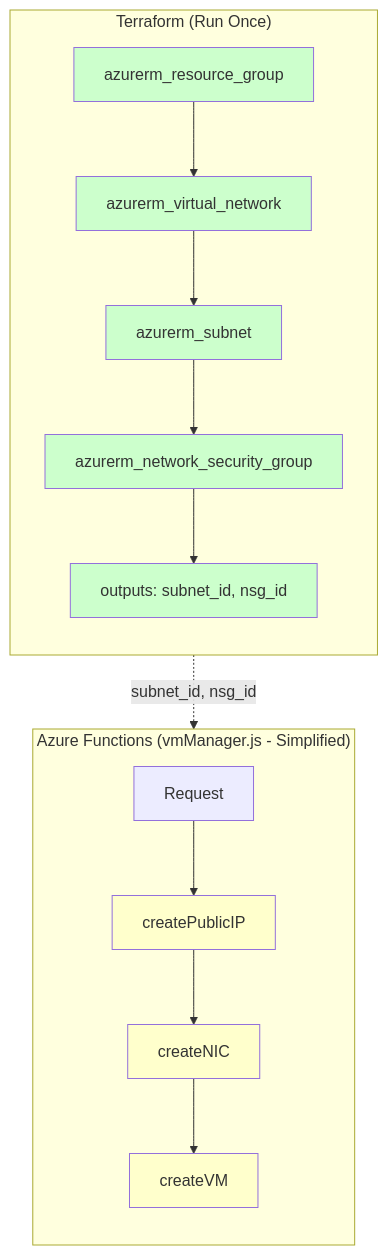
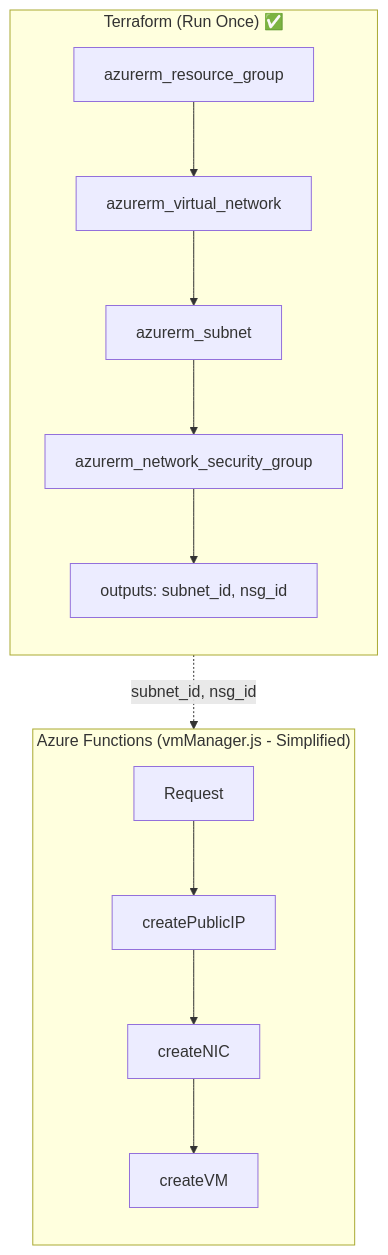
Before and after one commit to JindoKimKor/Self-Binnacle: the second of 5 diagrams in Voyages/Projects/unity-ci-enabler/resources/terraform-migration-analysis.md, drawn with Mermaid. The commit also changed other lines of this file, not shown here.

First line of the commit message:
style(unity-ci-enabler): Remove background colors from Mermaid diagrams

````diff
--- a/Voyages/Projects/unity-ci-enabler/resources/terraform-migration-analysis.md
+++ b/Voyages/Projects/unity-ci-enabler/resources/terraform-migration-analysis.md
@@ -47,34 +39,25 @@
 ```mermaid
 flowchart TB
-    subgraph TF["Terraform (Run Once)"]
+    subgraph TF["Terraform (Run Once) ✅"]
         direction TB
         TF_RG[azurerm_resource_group]
         TF_VNET[azurerm_virtual_network]
         TF_SUBNET[azurerm_subnet]
         TF_NSG[azurerm_network_security_group]
         TF_OUT[outputs: subnet_id, nsg_id]
 
         TF_RG --> TF_VNET
         TF_VNET --> TF_SUBNET
         TF_SUBNET --> TF_NSG
         TF_NSG --> TF_OUT
     end
 
     subgraph AF["Azure Functions (vmManager.js - Simplified)"]
         direction TB
         REQ[Request] --> IP[createPublicIP]
         IP --> NIC[createNIC]
         NIC --> VM[createVM]
     end
 
     TF_OUT -.->|subnet_id, nsg_id| NIC
-
-    style TF_RG fill:#ccffcc
-    style TF_VNET fill:#ccffcc
-    style TF_SUBNET fill:#ccffcc
-    style TF_NSG fill:#ccffcc
-    style TF_OUT fill:#ccffcc
-    style IP fill:#ffffcc
-    style NIC fill:#ffffcc
-    style VM fill:#ffffcc
 ```
````
